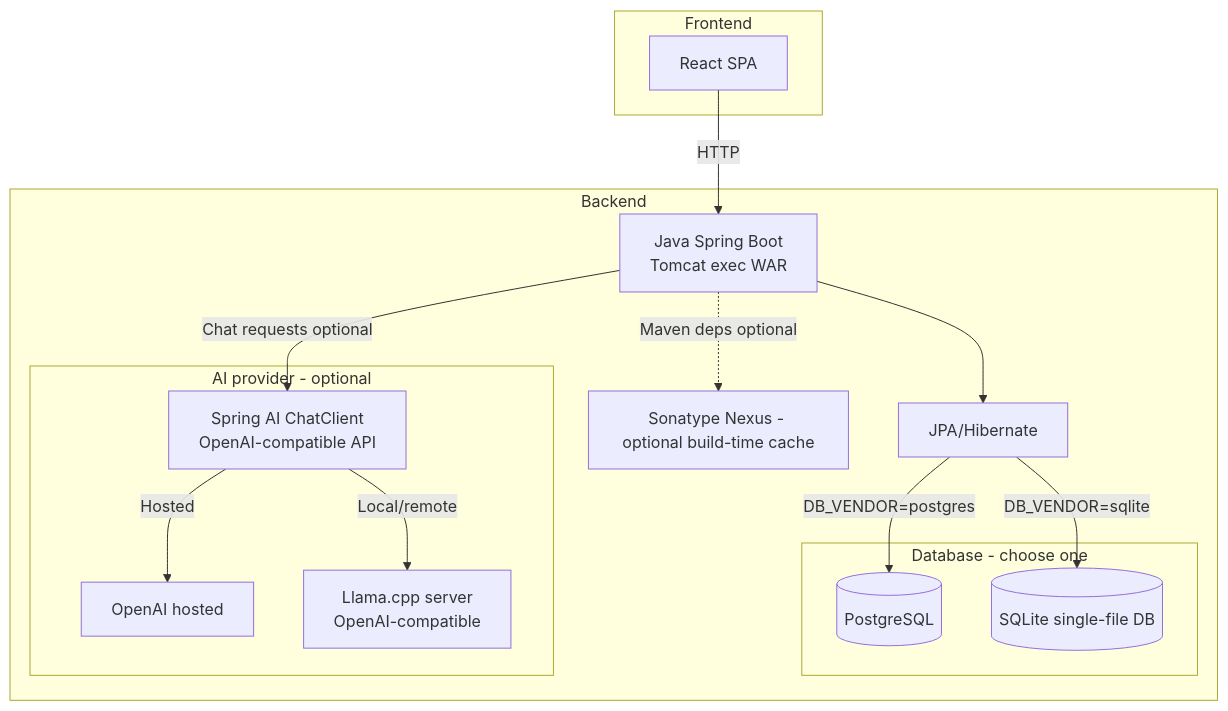
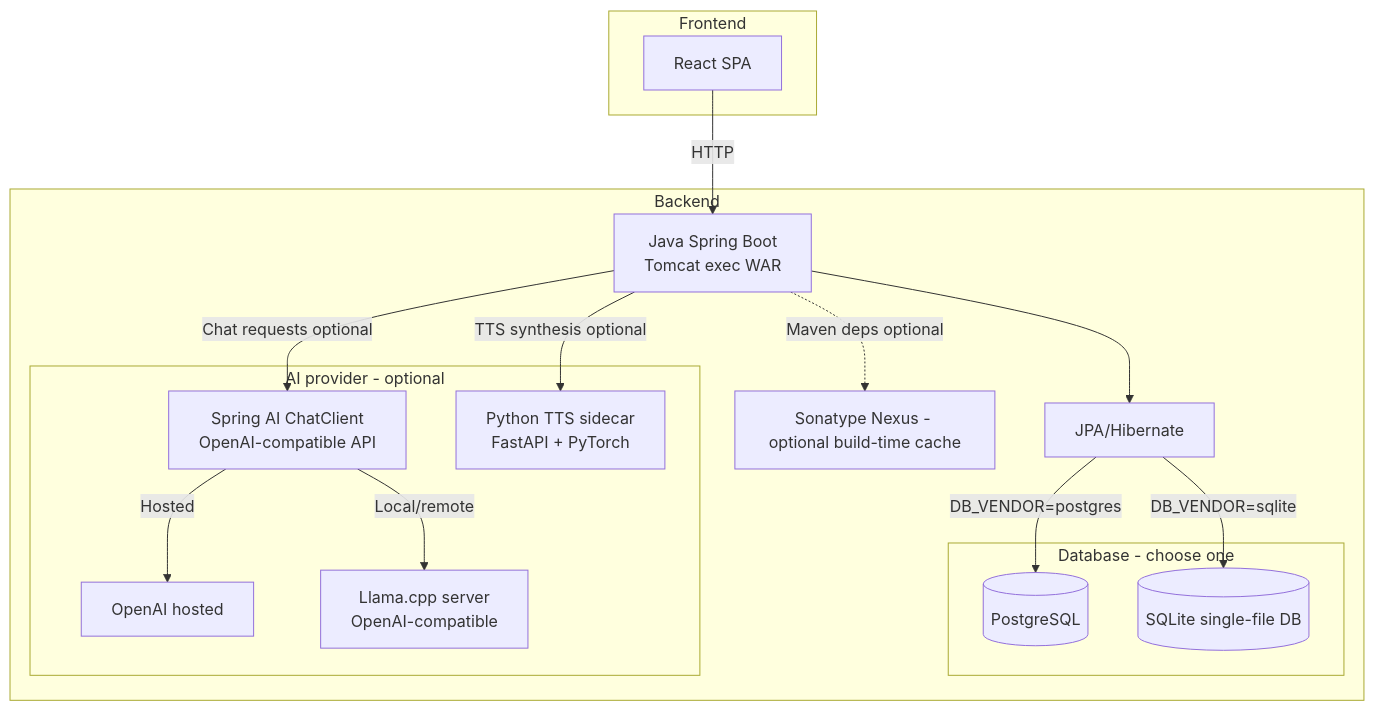
One commit to darkmusic/ai-forgot-these-cards changed the diagram in Writerside/topics/Architecture.md. Above: the diagram before and after it, drawn with Mermaid. The commit also changed other lines of this file and 24 other files, not shown here.

````diff
--- a/Writerside/topics/Architecture.md
+++ b/Writerside/topics/Architecture.md
@@ -12,35 +12,37 @@
 ```mermaid
 flowchart TD
    subgraph Frontend
       SPA[React SPA]
    end
 
    subgraph Backend
       APP["Java Spring Boot\nTomcat exec WAR"]
       JPA[JPA/Hibernate]
 
       subgraph DB["Database - choose one"]
          PG[(PostgreSQL)]
          SQLITE[(SQLite single-file DB)]
       end
 
       subgraph AI["AI provider - optional"]
          CHAT["Spring AI ChatClient\nOpenAI-compatible API"]
          OPENAI["OpenAI hosted"]
          LLAMA["Llama.cpp server\nOpenAI-compatible"]
+         TTS["Python TTS sidecar\nFastAPI + PyTorch"]
       end
 
       NEXUS["Sonatype Nexus - optional build-time cache"]
    end
 
    SPA -->|HTTP| APP
    APP --> JPA
    JPA -->|DB_VENDOR=postgres| PG
    JPA -->|DB_VENDOR=sqlite| SQLITE
 
    APP -->|Chat requests optional| CHAT
    CHAT -->|Hosted| OPENAI
    CHAT -->|Local/remote| LLAMA
+   APP -->|TTS synthesis optional| TTS
 
    APP -.->|Maven deps optional| NEXUS
 ```
````
